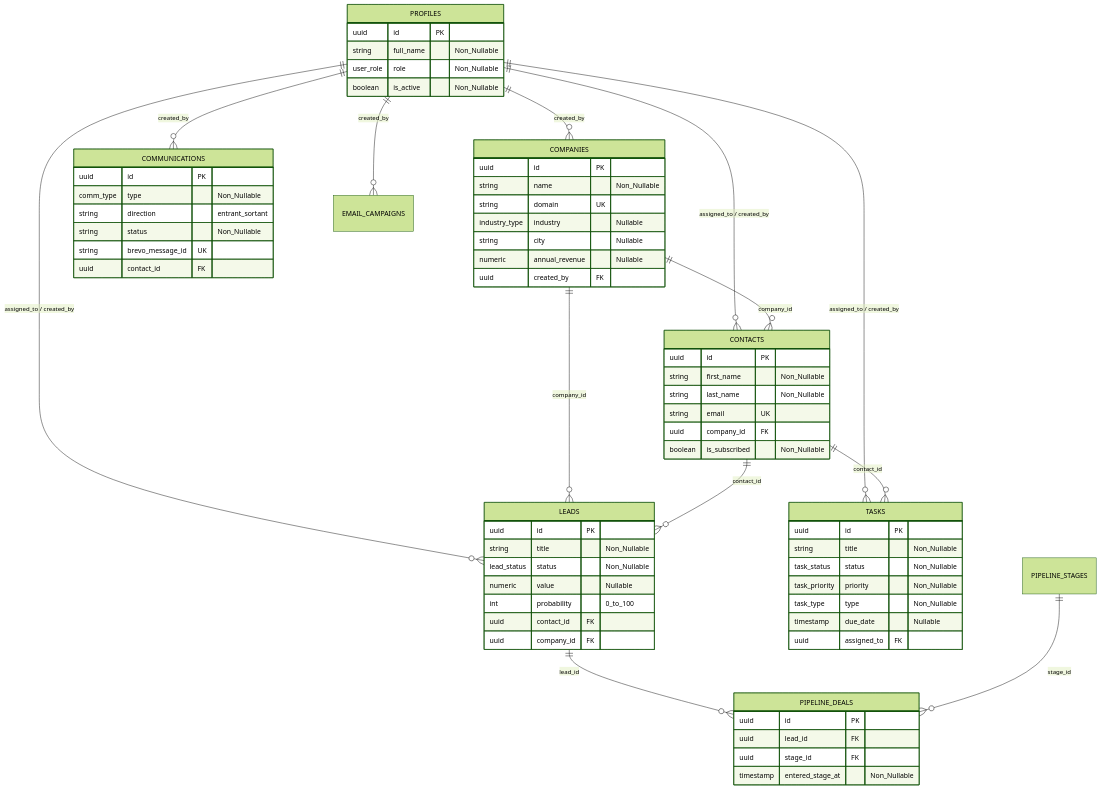
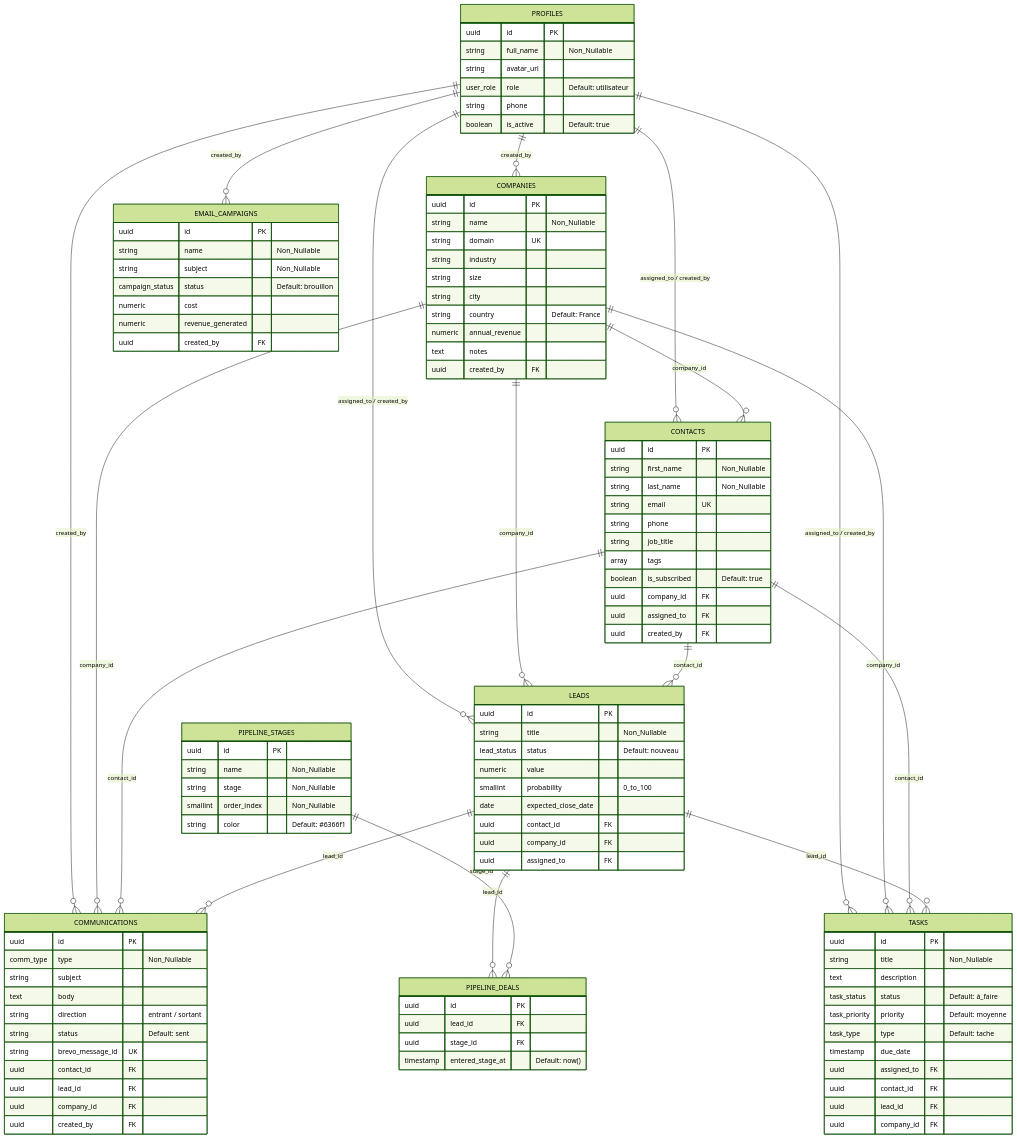
One commit to uciie/crm changed the diagram in docs/mcd.mermaid. Above: the diagram before and after it, drawn with Mermaid (forest theme). The commit also changed 13 other files, not shown here.

```diff
--- a/docs/mcd.mermaid
+++ b/docs/mcd.mermaid
@@ -1,78 +1,123 @@
 erDiagram
     PROFILES ||--o{ COMPANIES : "created_by"
     PROFILES ||--o{ CONTACTS : "assigned_to / created_by"
     PROFILES ||--o{ LEADS : "assigned_to / created_by"
     PROFILES ||--o{ TASKS : "assigned_to / created_by"
     PROFILES ||--o{ COMMUNICATIONS : "created_by"
     PROFILES ||--o{ EMAIL_CAMPAIGNS : "created_by"
 
     COMPANIES ||--o{ CONTACTS : "company_id"
     COMPANIES ||--o{ LEADS : "company_id"
+    COMPANIES ||--o{ TASKS : "company_id"
+    COMPANIES ||--o{ COMMUNICATIONS : "company_id"
     
     CONTACTS ||--o{ LEADS : "contact_id"
     CONTACTS ||--o{ TASKS : "contact_id"
+    CONTACTS ||--o{ COMMUNICATIONS : "contact_id"
     
     LEADS ||--o{ PIPELINE_DEALS : "lead_id"
+    LEADS ||--o{ TASKS : "lead_id"
+    LEADS ||--o{ COMMUNICATIONS : "lead_id"
+    
     PIPELINE_STAGES ||--o{ PIPELINE_DEALS : "stage_id"
 
     PROFILES {
         uuid id PK
         string full_name "Non_Nullable"
-        user_role role "Non_Nullable"
-        boolean is_active "Non_Nullable"
+        string avatar_url
+        user_role role "Default: utilisateur"
+        string phone
+        boolean is_active "Default: true"
     }
 
     COMPANIES {
         uuid id PK
         string name "Non_Nullable"
         string domain UK
-        industry_type industry "Nullable"
-        string city "Nullable"
-        numeric annual_revenue "Nullable"
+        string industry
+        string size
+        string city
+        string country "Default: France"
+        numeric annual_revenue
+        text notes
         uuid created_by FK
     }
 
     CONTACTS {
         uuid id PK
         string first_name "Non_Nullable"
         string last_name "Non_Nullable"
         string email UK
+        string phone
+        string job_title
+        array tags
+        boolean is_subscribed "Default: true"
         uuid company_id FK
-        boolean is_subscribed "Non_Nullable"
+        uuid assigned_to FK
+        uuid created_by FK
     }
 
     LEADS {
         uuid id PK
         string title "Non_Nullable"
-        lead_status status "Non_Nullable"
-        numeric value "Nullable"
-        int probability "0_to_100"
+        lead_status status "Default: nouveau"
+        numeric value
+        smallint probability "0_to_100"
+        date expected_close_date
         uuid contact_id FK
         uuid company_id FK
+        uuid assigned_to FK
     }
 
     TASKS {
         uuid id PK
         string title "Non_Nullable"
-        task_status status "Non_Nullable"
-        task_priority priority "Non_Nullable"
-        task_type type "Non_Nullable"
-        timestamp due_date "Nullable"
+        text description
+        task_status status "Default: à_faire"
+        task_priority priority "Default: moyenne"
+        task_type type "Default: tache"
+        timestamp due_date
         uuid assigned_to FK
+        uuid contact_id FK
+        uuid lead_id FK
+        uuid company_id FK
     }
 
     COMMUNICATIONS {
         uuid id PK
         comm_type type "Non_Nullable"
-        string direction "entrant_sortant"
-        string status "Non_Nullable"
+        string subject
+        text body
+        string direction "entrant / sortant"
+        string status "Default: sent"
         string brevo_message_id UK
         uuid contact_id FK
+        uuid lead_id FK
+        uuid company_id FK
+        uuid created_by FK
+    }
+
+    PIPELINE_STAGES {
+        uuid id PK
+        string name "Non_Nullable"
+        string stage "Non_Nullable"
+        smallint order_index "Non_Nullable"
+        string color "Default: #6366f1"
     }
 
     PIPELINE_DEALS {
         uuid id PK
         uuid lead_id FK
         uuid stage_id FK
-        timestamp entered_stage_at "Non_Nullable"
+        timestamp entered_stage_at "Default: now()"
     }
+
+    EMAIL_CAMPAIGNS {
+        uuid id PK
+        string name "Non_Nullable"
+        string subject "Non_Nullable"
+        campaign_status status "Default: brouillon"
+        numeric cost
+        numeric revenue_generated
+        uuid created_by FK
+    }
```
